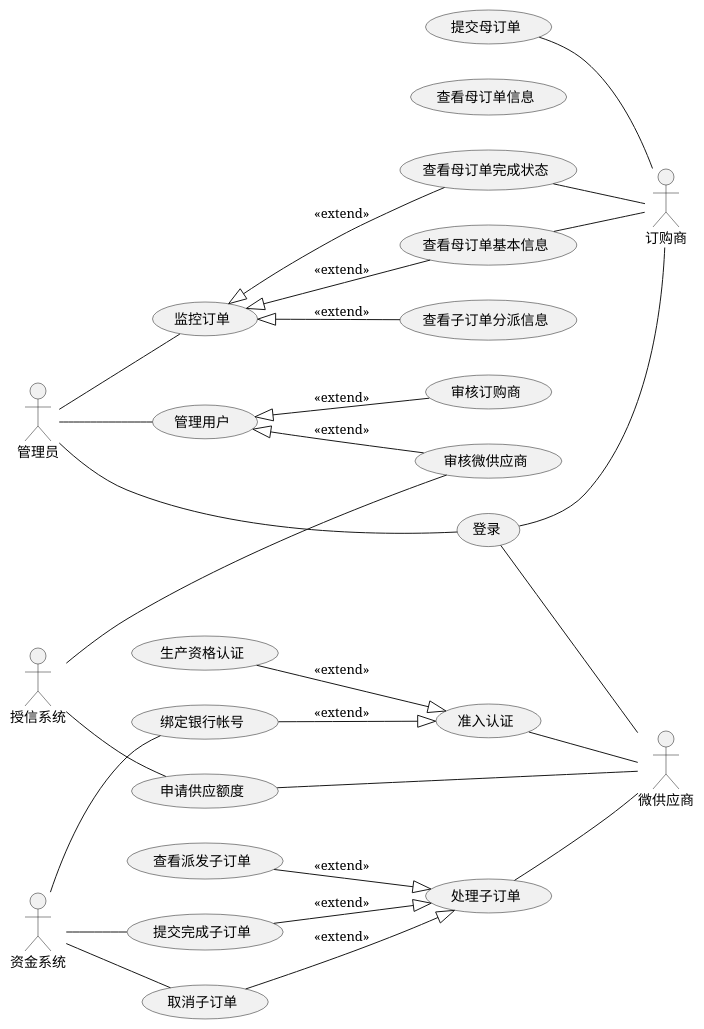
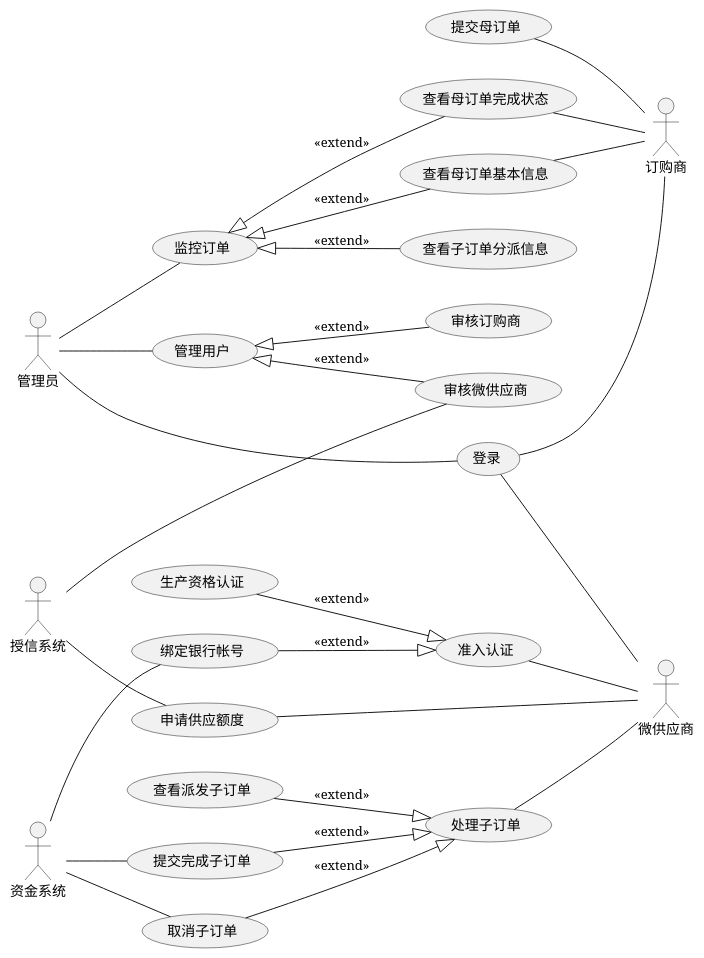
One commit to wwyf/Waterfall changed the diagram in report/misc/figure_src/uc_main.puml. Above: the diagram before and after it, drawn with PlantUML. The commit also changed 6 other files, not shown here.

```diff
--- a/report/misc/figure_src/uc_main.puml
+++ b/report/misc/figure_src/uc_main.puml
@@ -1,58 +1,57 @@
 @startuml
 
 ''' 布局信息
 left to right direction
 
 ''' 以下部分描述了各个角色
 :微供应商: as MiniProvider
 :订购商: as Client
 :管理员: as Admin
 :授信系统: as CreditSys
 :资金系统: as FundSys
 
 ''' 以下部分描述了各个用例
 ''' 注意由于使用了从左到右布局, 故连线方向up down等需旋转90度
 
 MiniProvider -up- (登录)
 MiniProvider -up- (准入认证)
 MiniProvider -up- (申请供应额度)
 MiniProvider -up- (处理子订单)
 
 (生产资格认证) --|> (准入认证) : <<extend>>
 (绑定银行帐号) --|> (准入认证) : <<extend>>
 (查看派发子订单) --|> (处理子订单) : <<extend>>
 (提交完成子订单) --|> (处理子订单) : <<extend>>
 (取消子订单) --|> (处理子订单) : <<extend>>
 
 Client -up- (登录)
 Client -up- (提交母订单)
 Client -up- (查看母订单基本信息)
 Client -up- (查看母订单完成状态)
 
 together {
     Admin -- (登录)
     Admin -- (监控订单)
     Admin -- (管理用户)
     (管理用户) <|-- (审核微供应商) : <<extend>>
     (管理用户) <|-- (审核订购商) : <<extend>>
     (监控订单) <|-- (查看母订单基本信息) : <<extend>>
     (监控订单) <|-- (查看母订单完成状态) : <<extend>>
     (监控订单) <|-- (查看子订单分派信息) : <<extend>>
 
     CreditSys -- (申请供应额度)
     CreditSys -- (审核微供应商)
     FundSys -- (取消子订单)
     FundSys -- (提交完成子订单)
     FundSys -- (绑定银行帐号)
 }
 
 ''' 用于控制布局的连线, 不显示
-(提交母订单) -[hidden]right- (查看母订单信息)
-(查看母订单信息) -[hidden]right- (查看母订单完成状态)
 
+(提交母订单) -[hidden]right- (查看母订单完成状态)
 (生产资格认证) -[hidden]right- (绑定银行帐号)
 (绑定银行帐号) -[hidden]right- (申请供应额度)
 (申请供应额度) -[hidden]right- (查看派发子订单)
 (查看派发子订单) -[hidden]right- (提交完成子订单)
 (查看派发子订单) -[hidden]right- (取消子订单)
 @enduml
```
